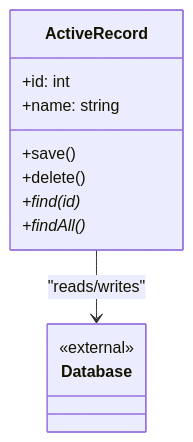
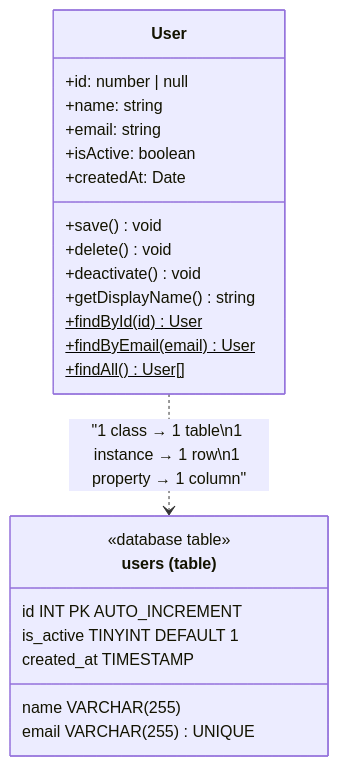
One commit to otabekoff/design-patterns changed the first of 7 diagrams in src/architectural/active-record.md. Above: the diagram before and after it, drawn with Mermaid. The commit also changed other lines of this file and 12 other files, not shown here.

Commit message:
feat: mermaid support added

````diff
--- a/src/architectural/active-record.md
+++ b/src/architectural/active-record.md
@@ -71,17 +76,28 @@
 ```mermaid
 classDiagram
-    class Database {
-        <<external>>
+    class users["users (table)"] {
+        <<database table>>
+        id INT PK AUTO_INCREMENT
+        name VARCHAR(255)
+        email VARCHAR(255) UNIQUE
+        is_active TINYINT DEFAULT 1
+        created_at TIMESTAMP
     }
 
-    class ActiveRecord {
-        +id: int
+    class User {
+        +id: number | null
         +name: string
-        +save()
-        +delete()
-        +find(id)*
-        +findAll()*
+        +email: string
+        +isActive: boolean
+        +createdAt: Date
+        +save() void
+        +delete() void
+        +deactivate() void
+        +getDisplayName() string
+        +findById(id)$ User
+        +findByEmail(email)$ User
+        +findAll()$ User[]
     }
 
-    ActiveRecord --> Database : "reads/writes"
+    User ..> users : "1 class → 1 table\n1 instance → 1 row\n1 property → 1 column"
 ```
````
